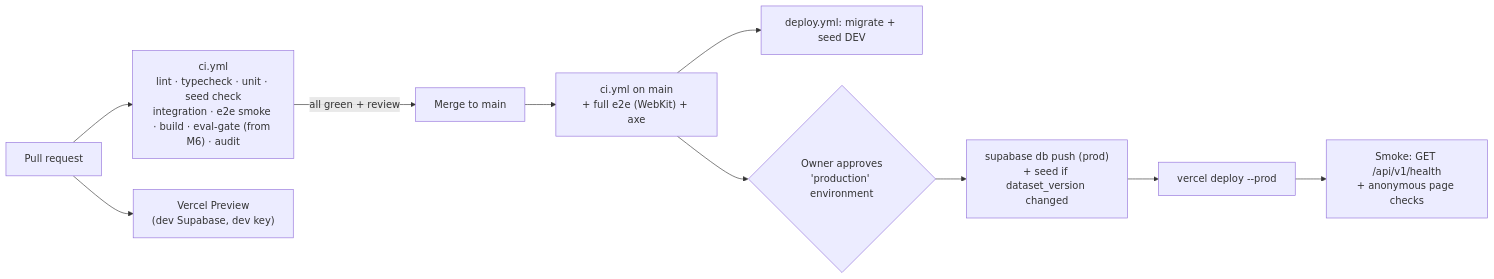
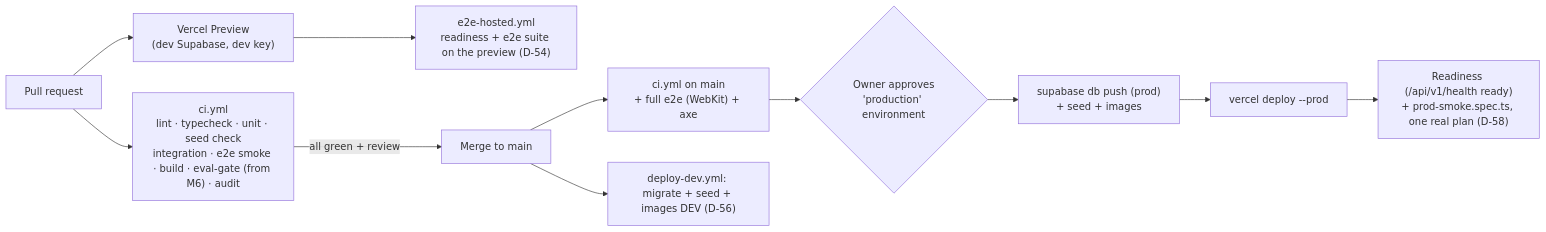
Before and after one commit to dbaid-code/fitness-coach: the eighth of 8 diagrams in docs/engineering/engineering-doc.md, drawn with Mermaid. The commit also changed other lines of this file and 45 other files, not shown here.

````diff
--- a/docs/engineering/engineering-doc.md
+++ b/docs/engineering/engineering-doc.md
@@ -3222,12 +3230,13 @@
 ```mermaid
 flowchart LR
     PR[Pull request] --> CI["ci.yml<br/>lint · typecheck · unit · seed check<br/>integration · e2e smoke · build · eval-gate (from M6) · audit"]
     PR --> PV["Vercel Preview<br/>(dev Supabase, dev key)"]
+    PV --> HE["e2e-hosted.yml<br/>readiness + e2e suite on the preview (D-54)"]
     CI -->|all green + review| MG[Merge to main]
     MG --> CIM["ci.yml on main<br/>+ full e2e (WebKit) + axe"]
-    CIM --> DEV["deploy.yml: migrate + seed DEV"]
+    MG --> DEV["deploy-dev.yml: migrate + seed + images DEV (D-56)"]
     CIM --> APR{"Owner approves<br/>'production' environment"}
-    APR --> MIG["supabase db push (prod)<br/>+ seed if dataset_version changed"]
+    APR --> MIG["supabase db push (prod)<br/>+ seed + images"]
     MIG --> DEP["vercel deploy --prod"]
-    DEP --> SMK["Smoke: GET /api/v1/health<br/>+ anonymous page checks"]
+    DEP --> SMK["Readiness (/api/v1/health ready)<br/>+ prod-smoke.spec.ts, one real plan (D-58)"]
 ```
````
